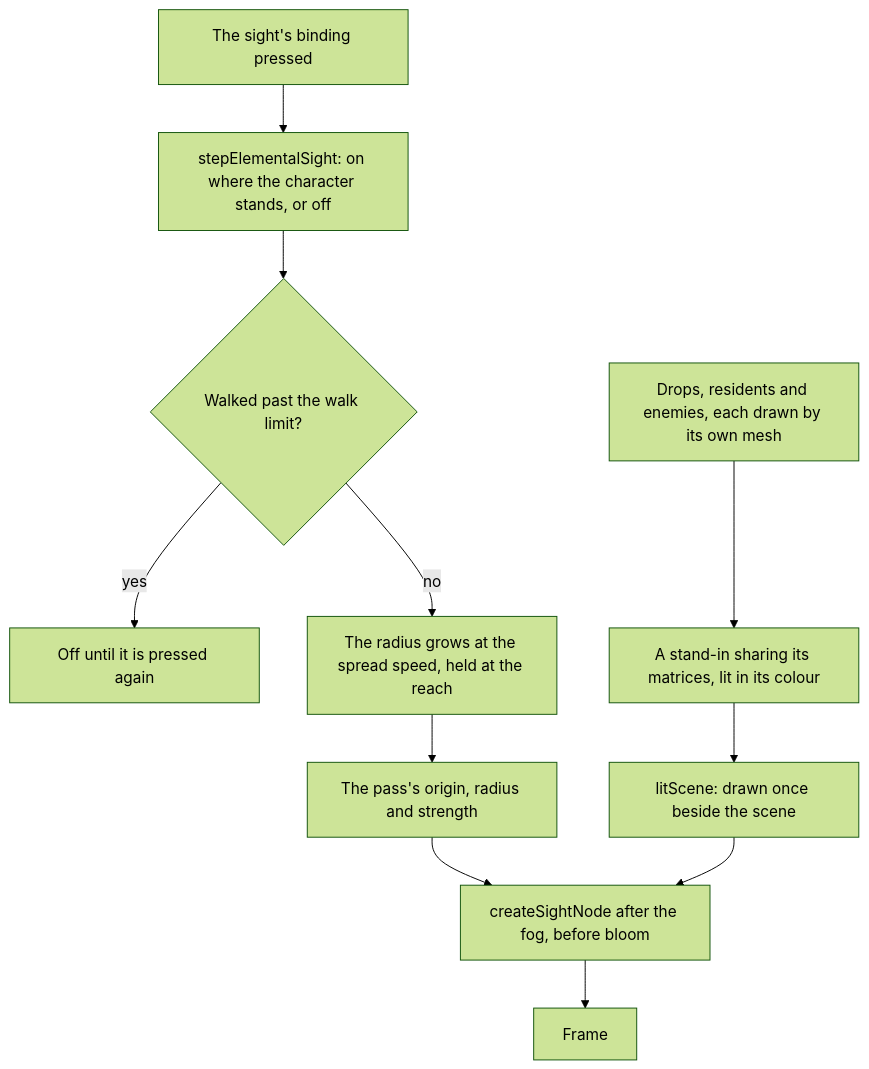
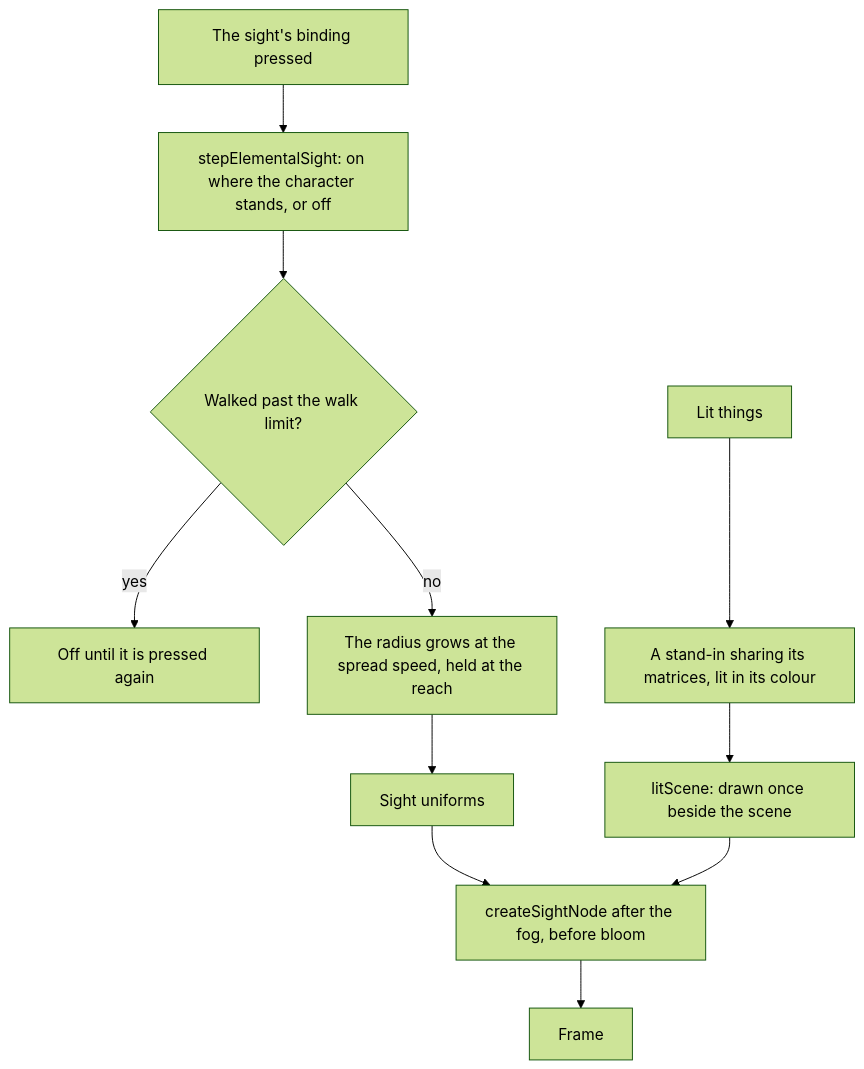
Before and after one commit to Esposter/Esposter: the diagram in openspec/specs/genshin/elemental-sight/design.md, drawn with Mermaid (forest theme). The commit also changed other lines of this file and 10 other files, not shown here.

````diff
--- a/openspec/specs/genshin/elemental-sight/design.md
+++ b/openspec/specs/genshin/elemental-sight/design.md
@@ -7,13 +7,13 @@
 ```mermaid
 flowchart TD
   PRESS["The sight's binding pressed"] --> STEP["stepElementalSight: on where the character stands, or off"]
   STEP --> WALK{"Walked past the walk limit?"}
   WALK -->|"yes"| OFF["Off until it is pressed again"]
   WALK -->|"no"| SPREAD["The radius grows at the spread speed, held at the reach"]
-  SPREAD --> UNI["The pass's origin, radius and strength"]
-  STAND["Drops, residents and enemies, each drawn by its own mesh"] --> PROXY["A stand-in sharing its matrices, lit in its colour"]
+  SPREAD --> UNI[Sight uniforms]
+  STAND[Lit things] --> PROXY["A stand-in sharing its matrices, lit in its colour"]
   PROXY --> LIT["litScene: drawn once beside the scene"]
   UNI --> NODE["createSightNode after the fog, before bloom"]
   LIT --> NODE
   NODE --> FRAME["Frame"]
 ```
````
